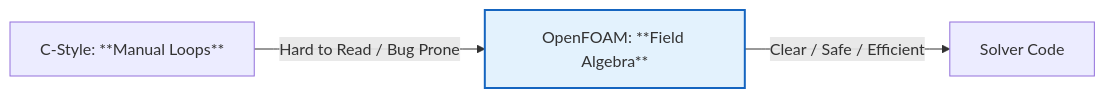
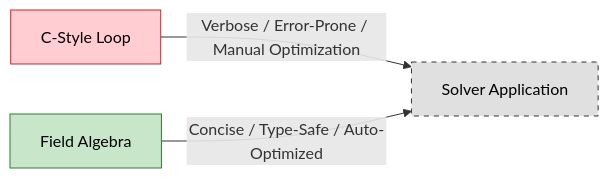
The diagram in MODULE_05_OPENFOAM_PROGRAMMING/CONTENT/09_FIELD_ALGEBRA/01_Introduction.md (wramet/build-my-cfd), drawn with Mermaid before and after one commit. The commit also changed 313 other files, not shown here.

Commit message:
Revise all diagram

````diff
--- a/MODULE_05_OPENFOAM_PROGRAMMING/CONTENT/09_FIELD_ALGEBRA/01_Introduction.md
+++ b/MODULE_05_OPENFOAM_PROGRAMMING/CONTENT/09_FIELD_ALGEBRA/01_Introduction.md
@@ -10,7 +10,11 @@
 ```mermaid
 flowchart LR
-    C["C-Style: **Manual Loops**"] -- "Hard to Read / Bug Prone" --> B["OpenFOAM: **Field Algebra**"]
-    B -- "Clear / Safe / Efficient" --> S[Solver Code]
-
-    style B fill:#e3f2fd,stroke:#1565c0,stroke-width:2px
+classDef bad fill:#ffcdd2,stroke:#c62828,color:#000
+classDef good fill:#c8e6c9,stroke:#2e7d32,color:#000
+classDef result fill:#e0e0e0,stroke:#333,stroke-dasharray: 5 5,color:#000
+C["C-Style Loop"]:::bad
+OF["Field Algebra"]:::good
+Solver["Solver Application"]:::result
+C -- "Verbose / Error-Prone / Manual Optimization" --> Solver
+OF -- "Concise / Type-Safe / Auto-Optimized" --> Solver
 ```
````
